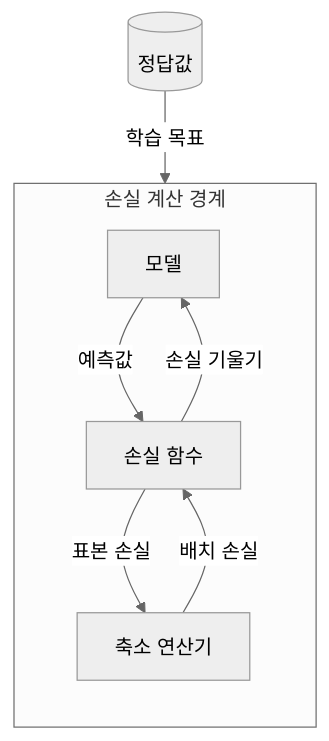
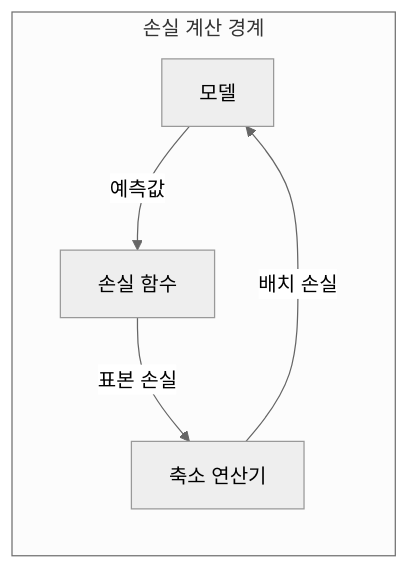
The second of 4 diagrams in src/content/docs/notes/01-basic-theory/042_loss_functions.md (agnusdei1207/knowledge-base), drawn with Mermaid (neutral theme) before and after one commit. The commit also changed other lines of this file and 22 other files, not shown here.

````diff
--- a/src/content/docs/notes/01-basic-theory/042_loss_functions.md
+++ b/src/content/docs/notes/01-basic-theory/042_loss_functions.md
@@ -56,15 +70,12 @@
 ```mermaid
 flowchart TB
-    Y[(정답값)]
     subgraph LS[손실 계산 경계]
         direction TB
         M[모델]
         L[손실 함수]
         R[축소 연산기]
         M -->|예측값| L
         L -->|표본 손실| R
-        R -->|배치 손실| L
-        L -->|손실 기울기| M
+        R -->|배치 손실| M
     end
-    Y -->|학습 목표| L
 ```
````
